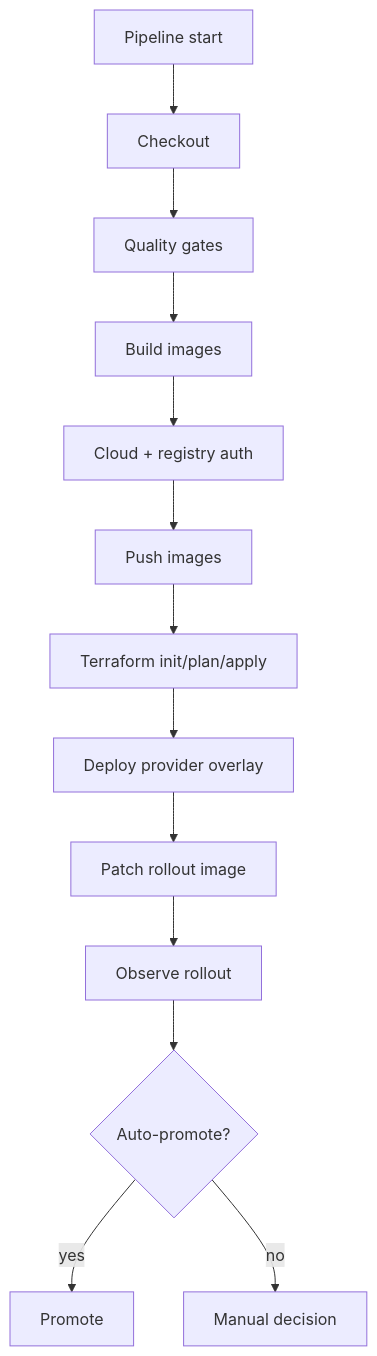
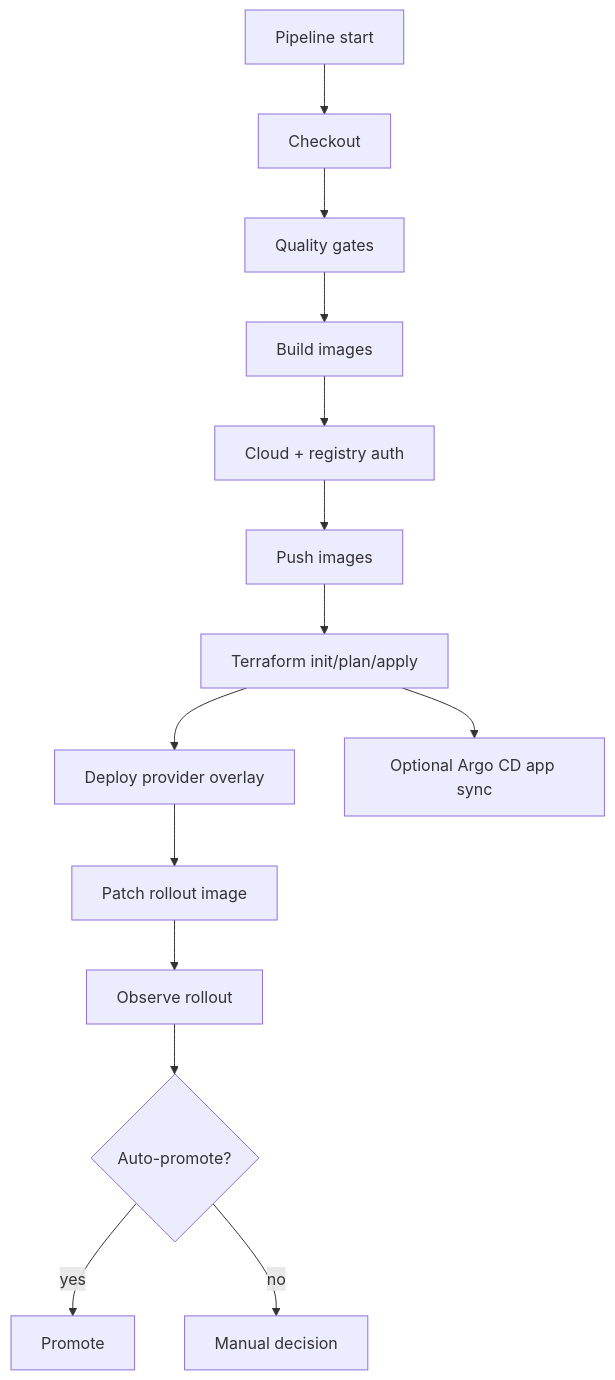
The fifth of 5 diagrams in DEPLOYMENT.md (hoangsonww/Spot-the-Scam-AI-Job-Fraud), drawn with Mermaid before and after one commit. The commit also changed other lines of this file and 20 other files, not shown here.

Commit message:
feat: add Argo CD GitOps support with bootstrap and sync scripts

````diff
--- a/DEPLOYMENT.md
+++ b/DEPLOYMENT.md
@@ -236,15 +242,16 @@
 ```mermaid
 flowchart TD
     P0[Pipeline start] --> P1[Checkout]
     P1 --> P2[Quality gates]
     P2 --> P3[Build images]
     P3 --> P4[Cloud + registry auth]
     P4 --> P5[Push images]
     P5 --> P6[Terraform init/plan/apply]
     P6 --> P7[Deploy provider overlay]
     P7 --> P8[Patch rollout image]
     P8 --> P9[Observe rollout]
     P9 --> P10{Auto-promote?}
     P10 -->|yes| P11[Promote]
     P10 -->|no| P12[Manual decision]
+    P6 --> P13[Optional Argo CD app sync]
 ```
````
